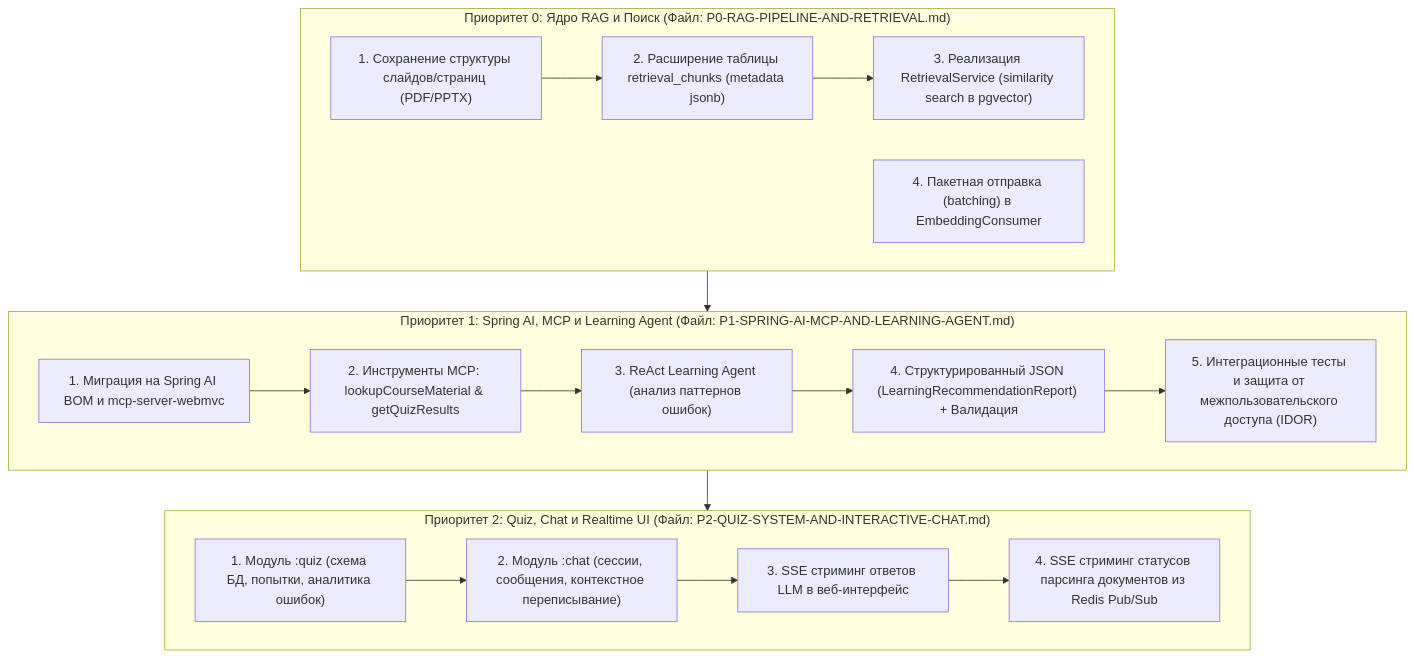
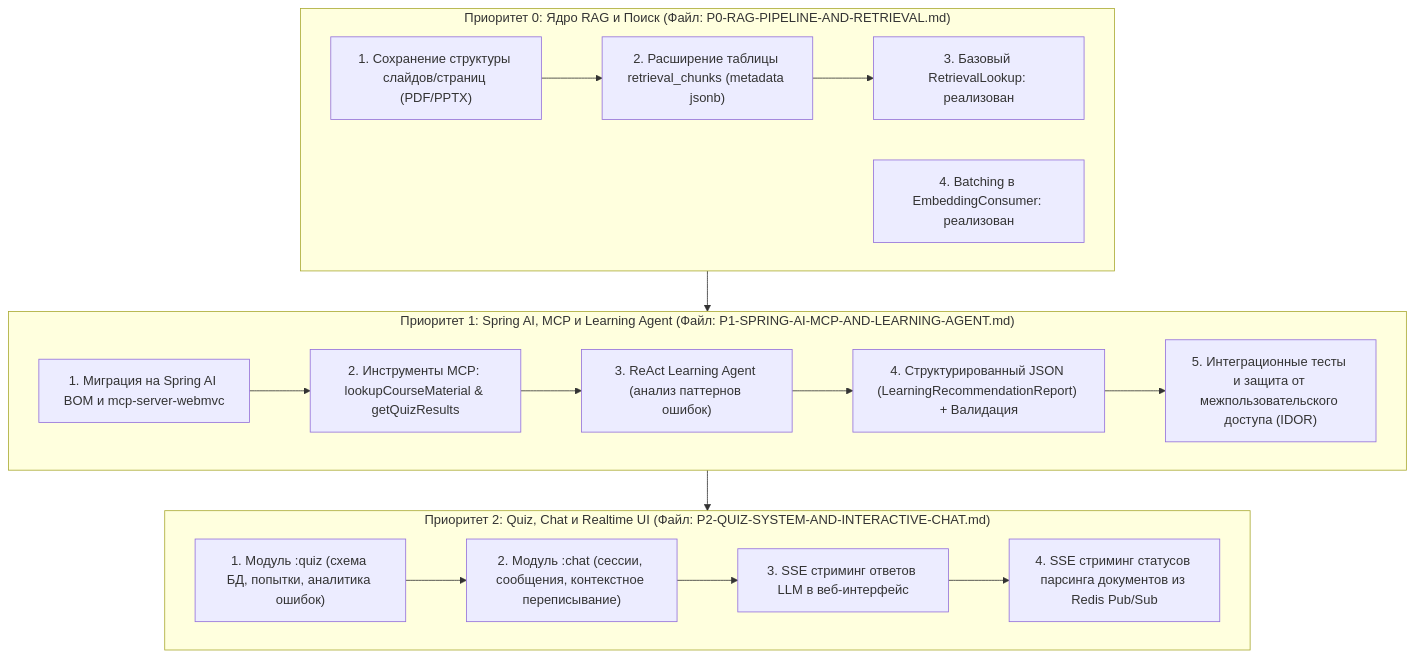
The second of 2 diagrams in docs/00-OVERVIEW-AND-AUDIT.md (devminakdan/StudyMate), drawn with Mermaid before and after one commit. The commit also changed other lines of this file and 1 other file, not shown here.

Commit message:
docs: update embedding batching implementation status

````diff
--- a/docs/00-OVERVIEW-AND-AUDIT.md
+++ b/docs/00-OVERVIEW-AND-AUDIT.md
@@ -69,29 +69,29 @@
 ```mermaid
 flowchart TD
     subgraph P0["Приоритет 0: Ядро RAG и Поиск (Файл: P0-RAG-PIPELINE-AND-RETRIEVAL.md)"]
         P0_1["1. Сохранение структуры слайдов/страниц (PDF/PPTX)"]
         P0_2["2. Расширение таблицы retrieval_chunks (metadata jsonb)"]
-        P0_3["3. Реализация RetrievalService (similarity search в pgvector)"]
-        P0_4["4. Пакетная отправка (batching) в EmbeddingConsumer"]
+        P0_3["3. Базовый RetrievalLookup: реализован"]
+        P0_4["4. Batching в EmbeddingConsumer: реализован"]
         P0_1 --> P0_2 --> P0_3
     end
 
     subgraph P1["Приоритет 1: Spring AI, MCP и Learning Agent (Файл: P1-SPRING-AI-MCP-AND-LEARNING-AGENT.md)"]
         P1_1["1. Миграция на Spring AI BOM и mcp-server-webmvc"]
         P1_2["2. Инструменты MCP: lookupCourseMaterial & getQuizResults"]
         P1_3["3. ReAct Learning Agent (анализ паттернов ошибок)"]
         P1_4["4. Структурированный JSON (LearningRecommendationReport) + Валидация"]
         P1_5["5. Интеграционные тесты и защита от межпользовательского доступа (IDOR)"]
         P1_1 --> P1_2 --> P1_3 --> P1_4 --> P1_5
     end
 
     subgraph P2["Приоритет 2: Quiz, Chat и Realtime UI (Файл: P2-QUIZ-SYSTEM-AND-INTERACTIVE-CHAT.md)"]
         P2_1["1. Модуль :quiz (схема БД, попытки, аналитика ошибок)"]
         P2_2["2. Модуль :chat (сессии, сообщения, контекстное переписывание)"]
         P2_3["3. SSE стриминг ответов LLM в веб-интерфейс"]
         P2_4["4. SSE стриминг статусов парсинга документов из Redis Pub/Sub"]
         P2_1 --> P2_2 --> P2_3 --> P2_4
     end
 
     P0 --> P1 --> P2
 ```
````
